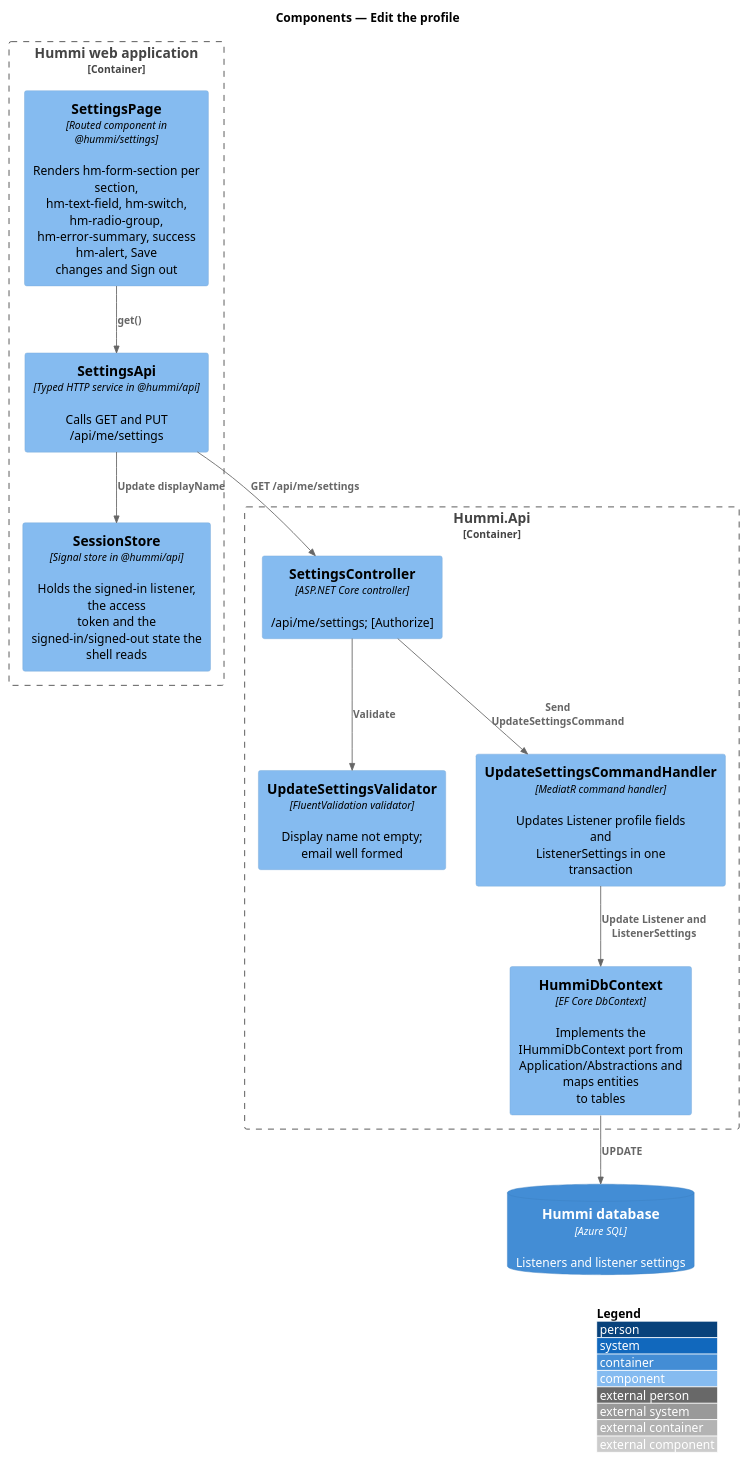
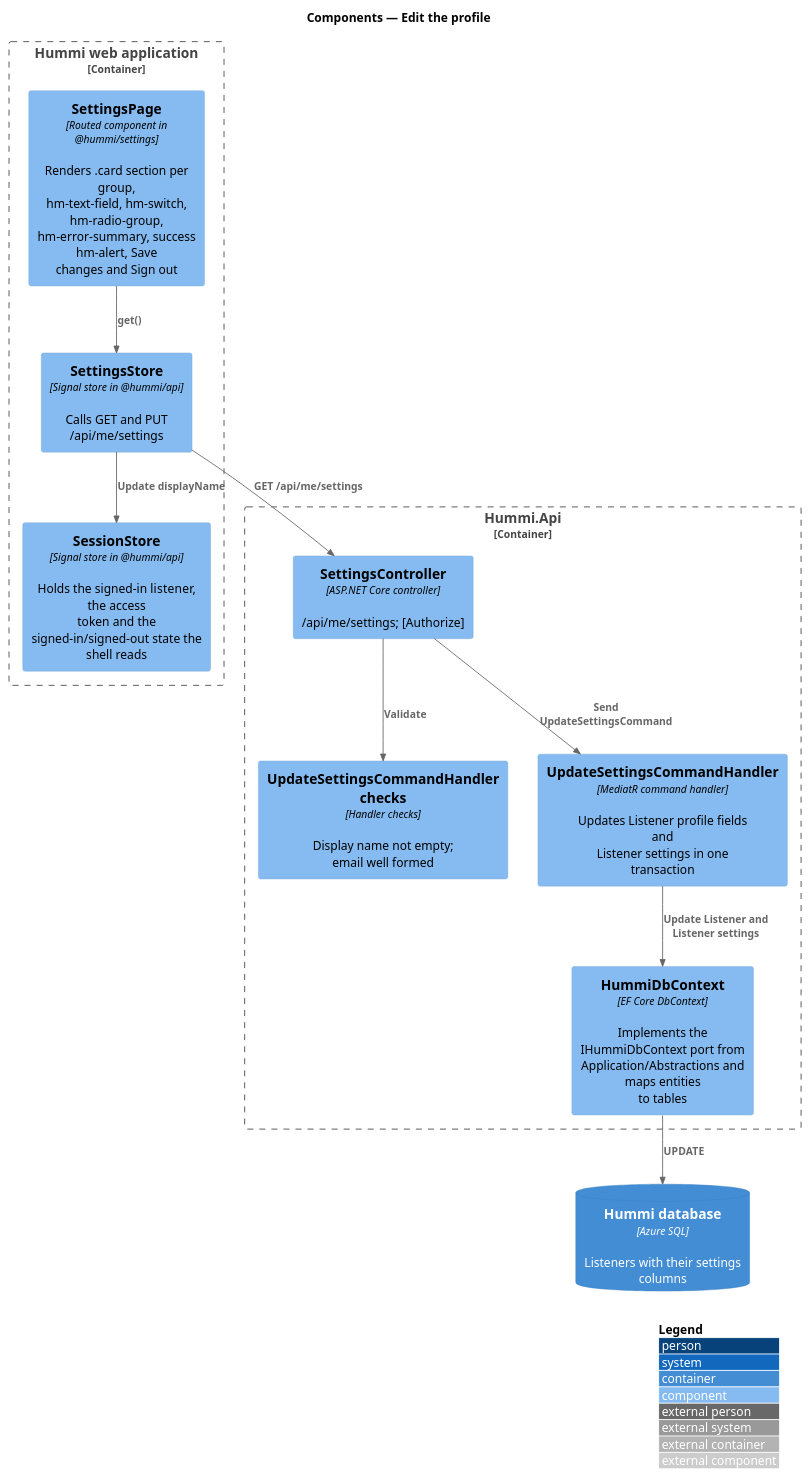
Before and after one commit to QuinntyneBrown/hummi: the diagram in docs/detailed-designs/settings/edit-profile/diagrams/c4-component.puml, drawn with PlantUML. The commit also changed 70 other files, not shown here.

First line of the commit message:
Manage settings: profile, playback, theme and email preferences on every device

```diff
--- a/docs/detailed-designs/settings/edit-profile/diagrams/c4-component.puml
+++ b/docs/detailed-designs/settings/edit-profile/diagrams/c4-component.puml
@@ -1,25 +1,25 @@
 @startuml
 !include <C4/C4_Component>
 LAYOUT_WITH_LEGEND()
 title Components — Edit the profile
 
 Container_Boundary(spa, "Hummi web application") {
-  Component(page, "SettingsPage", "Routed component in @hummi/settings", "Renders hm-form-section per section,\nhm-text-field, hm-switch, hm-radio-group,\nhm-error-summary, success hm-alert, Save\nchanges and Sign out")
-  Component(client, "SettingsApi", "Typed HTTP service in @hummi/api", "Calls GET and PUT /api/me/settings")
+  Component(page, "SettingsPage", "Routed component in @hummi/settings", "Renders .card section per group,\nhm-text-field, hm-switch, hm-radio-group,\nhm-error-summary, success hm-alert, Save\nchanges and Sign out")
+  Component(client, "SettingsStore", "Signal store in @hummi/api", "Calls GET and PUT /api/me/settings")
   Component(session, "SessionStore", "Signal store in @hummi/api", "Holds the signed-in listener, the access\ntoken and the signed-in/signed-out state the\nshell reads")
 }
 Container_Boundary(api, "Hummi.Api") {
   Component(ctl, "SettingsController", "ASP.NET Core controller", "/api/me/settings; [Authorize]")
-  Component(val, "UpdateSettingsValidator", "FluentValidation validator", "Display name not empty; email well formed")
-  Component(cmd, "UpdateSettingsCommandHandler", "MediatR command handler", "Updates Listener profile fields and\nListenerSettings in one transaction")
+  Component(val, "UpdateSettingsCommandHandler checks", "Handler checks", "Display name not empty; email well formed")
+  Component(cmd, "UpdateSettingsCommandHandler", "MediatR command handler", "Updates Listener profile fields and\nListener settings in one transaction")
   Component(ctx, "HummiDbContext", "EF Core DbContext", "Implements the IHummiDbContext port from\nApplication/Abstractions and maps entities\nto tables")
 }
-ContainerDb(db, "Hummi database", "Azure SQL", "Listeners and listener settings")
+ContainerDb(db, "Hummi database", "Azure SQL", "Listeners with their settings columns")
 Rel(page, client, "get()")
 Rel(client, ctl, "GET /api/me/settings")
 Rel(ctl, val, "Validate")
 Rel(ctl, cmd, "Send UpdateSettingsCommand")
-Rel(cmd, ctx, "Update Listener and ListenerSettings")
+Rel(cmd, ctx, "Update Listener and Listener settings")
 Rel(ctx, db, "UPDATE")
 Rel(client, session, "Update displayName")
 @enduml
```
